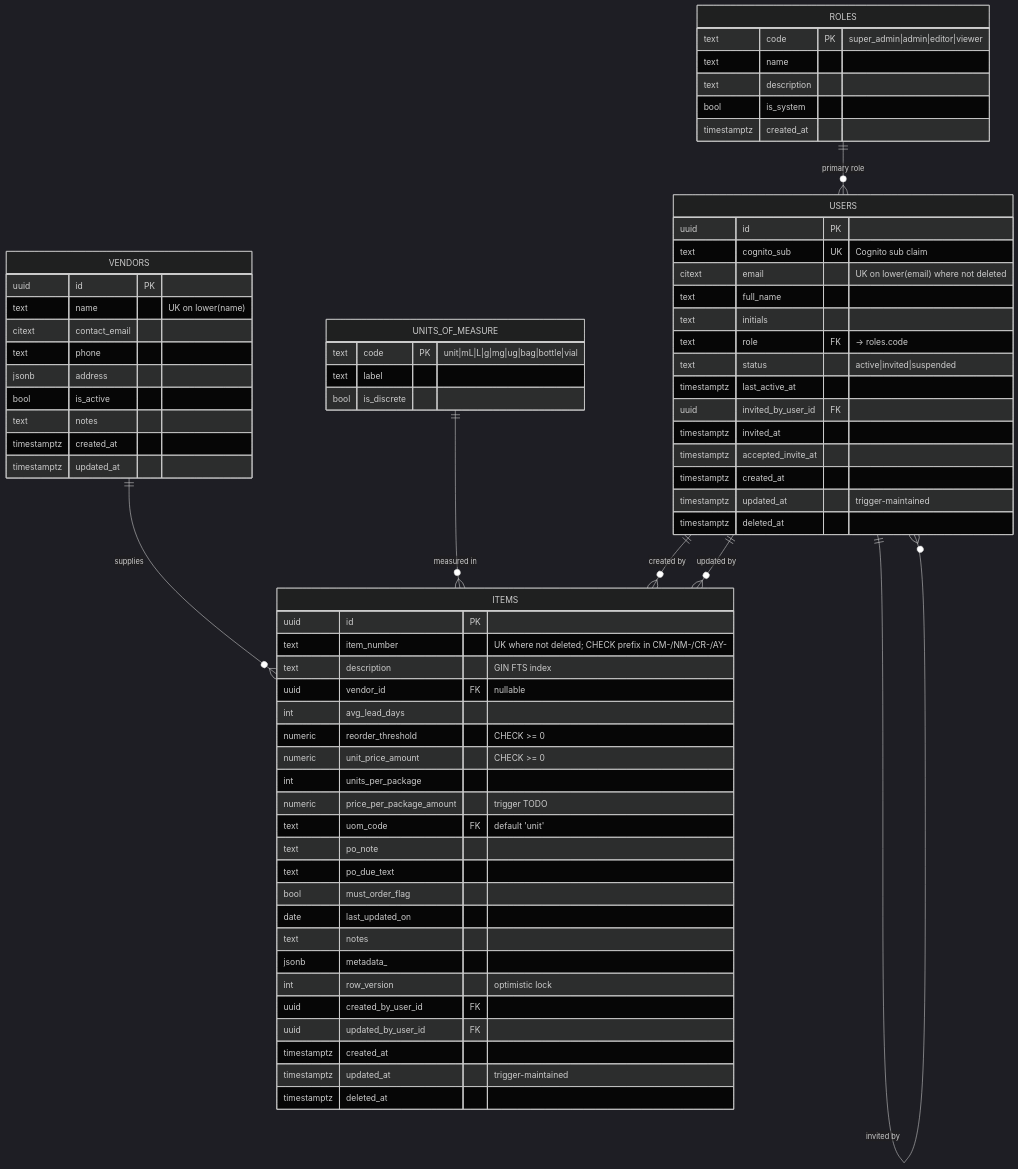
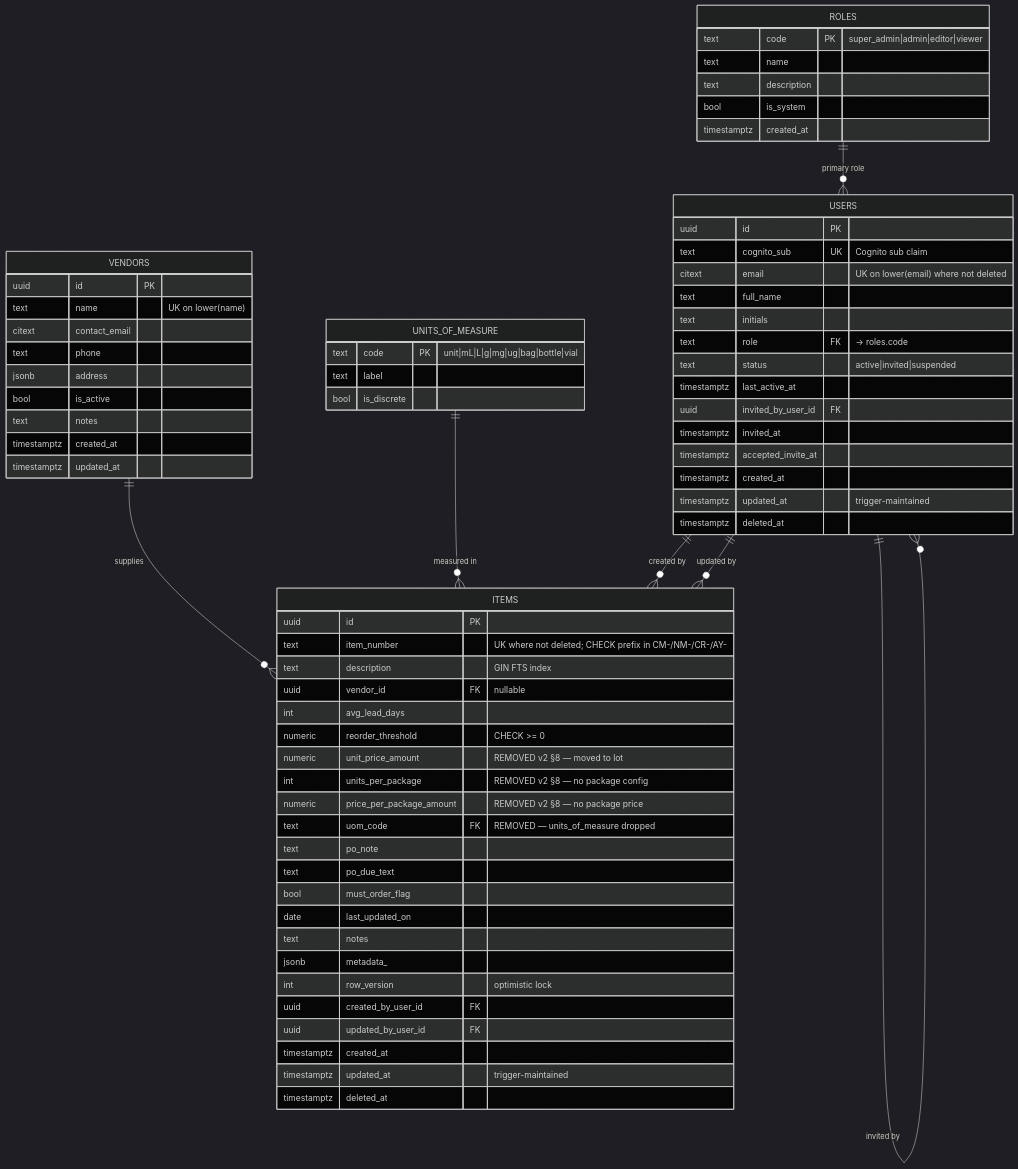
One commit to tucker-hub728/InventoryTracking changed the first of 2 diagrams in docs/backend-data-structure-v1-mvp.md. Above: the diagram before and after it, drawn with Mermaid (dark theme). The commit also changed 3 other files, not shown here.

First line of the commit message:
Document removal of UOM/package-price (v2 §8)

````diff
--- a/docs/backend-data-structure-v1-mvp.md
+++ b/docs/backend-data-structure-v1-mvp.md
@@ -123,73 +123,78 @@
 ```mermaid
 erDiagram
     ROLES ||--o{ USERS : "primary role"
     USERS ||--o{ USERS : "invited by"
     VENDORS ||--o{ ITEMS : "supplies"
     UNITS_OF_MEASURE ||--o{ ITEMS : "measured in"
     USERS ||--o{ ITEMS : "created by"
     USERS ||--o{ ITEMS : "updated by"
 
     ROLES {
         text code PK "super_admin|admin|editor|viewer"
         text name
         text description
         bool is_system
         timestamptz created_at
     }
     USERS {
         uuid id PK
         text cognito_sub UK "Cognito sub claim"
         citext email "UK on lower(email) where not deleted"
         text full_name
         text initials
         text role FK "→ roles.code"
         text status "active|invited|suspended"
         timestamptz last_active_at
         uuid invited_by_user_id FK
         timestamptz invited_at
         timestamptz accepted_invite_at
         timestamptz created_at
         timestamptz updated_at "trigger-maintained"
         timestamptz deleted_at
     }
     VENDORS {
         uuid id PK
         text name "UK on lower(name)"
         citext contact_email
         text phone
         jsonb address
         bool is_active
         text notes
         timestamptz created_at
         timestamptz updated_at
     }
     UNITS_OF_MEASURE {
         text code PK "unit|mL|L|g|mg|ug|bag|bottle|vial"
         text label
         bool is_discrete
     }
+    %% HISTORICAL v1-MVP SNAPSHOT. The pricing/UOM columns below
+    %% (unit_price_amount, units_per_package, price_per_package_amount,
+    %% uom_code) were REMOVED per v2 §8 — track unit price only, no
+    %% package-configuration price. Unit price now lives on the lot
+    %% (migration b7c8d9e0f1a2). Do not carry these forward.
     ITEMS {
         uuid id PK
         text item_number "UK where not deleted; CHECK prefix in CM-/NM-/CR-/AY-"
         text description "GIN FTS index"
         uuid vendor_id FK "nullable"
         int avg_lead_days
         numeric reorder_threshold "CHECK >= 0"
-        numeric unit_price_amount "CHECK >= 0"
-        int units_per_package
-        numeric price_per_package_amount "trigger TODO"
-        text uom_code FK "default 'unit'"
+        numeric unit_price_amount "REMOVED v2 §8 — moved to lot"
+        int units_per_package "REMOVED v2 §8 — no package config"
+        numeric price_per_package_amount "REMOVED v2 §8 — no package price"
+        text uom_code FK "REMOVED — units_of_measure dropped"
         text po_note
         text po_due_text
         bool must_order_flag
         date last_updated_on
         text notes
         jsonb metadata_
         int row_version "optimistic lock"
         uuid created_by_user_id FK
         uuid updated_by_user_id FK
         timestamptz created_at
         timestamptz updated_at "trigger-maintained"
         timestamptz deleted_at
     }
 ```
````
